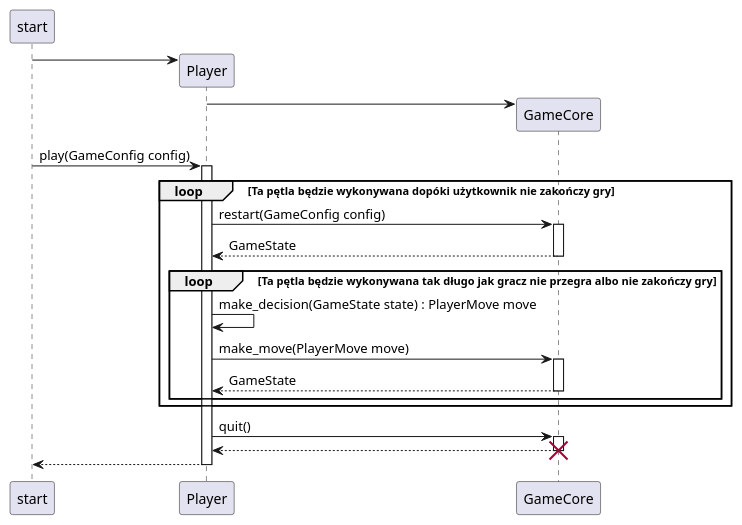
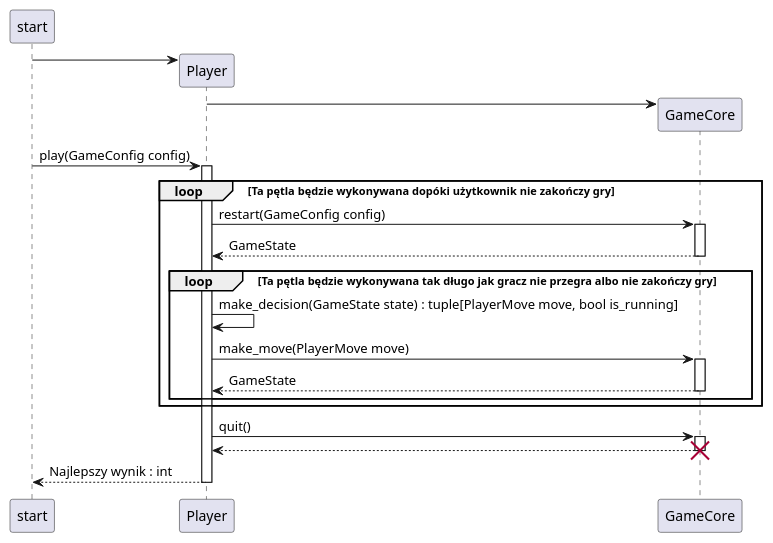
The second of 2 diagrams in docs/source_code/index.rst (lzajka/gra-RL), drawn with PlantUML before and after one commit. The commit also changed other lines of this file, not shown here.

Commit message:
docs: poprawki w diagramach ogólnych

```diff
--- a/docs/source_code/index.rst
+++ b/docs/source_code/index.rst
@@ -56,37 +56,37 @@
 .. uml::
 
     participant start
 
 
     create participant Player
     start -> Player
     create participant GameCore
     Player -> GameCore
     start -> Player: play(GameConfig config)
 
     
     activate Player
     
 
     loop Ta pętla będzie wykonywana dopóki użytkownik nie zakończy gry
         Player -> GameCore: restart(GameConfig config)
         activate GameCore
         return GameState
 
         loop Ta pętla będzie wykonywana tak długo jak gracz nie przegra albo nie zakończy gry
-            Player -> Player: make_decision(GameState state) : PlayerMove move
+            Player -> Player: make_decision(GameState state) : tuple[PlayerMove move, bool is_running] 
 
             Player -> GameCore: make_move(PlayerMove move)
 
             activate GameCore
             return GameState
         end
 
         
     end
     Player -> GameCore: quit()
     activate GameCore
-    return
+    return 
 
     destroy GameCore
-    return 
+    return Najlepszy wynik : int
```
